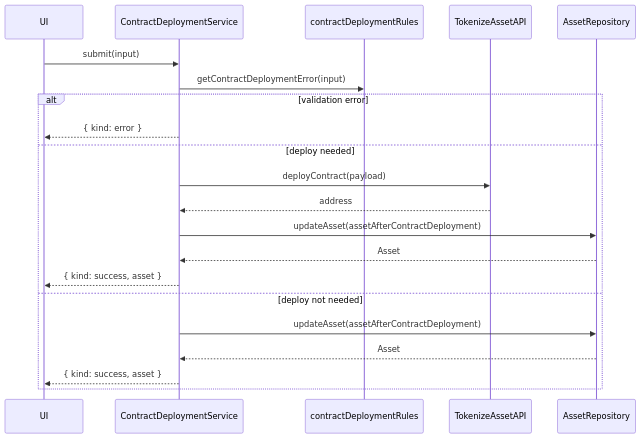
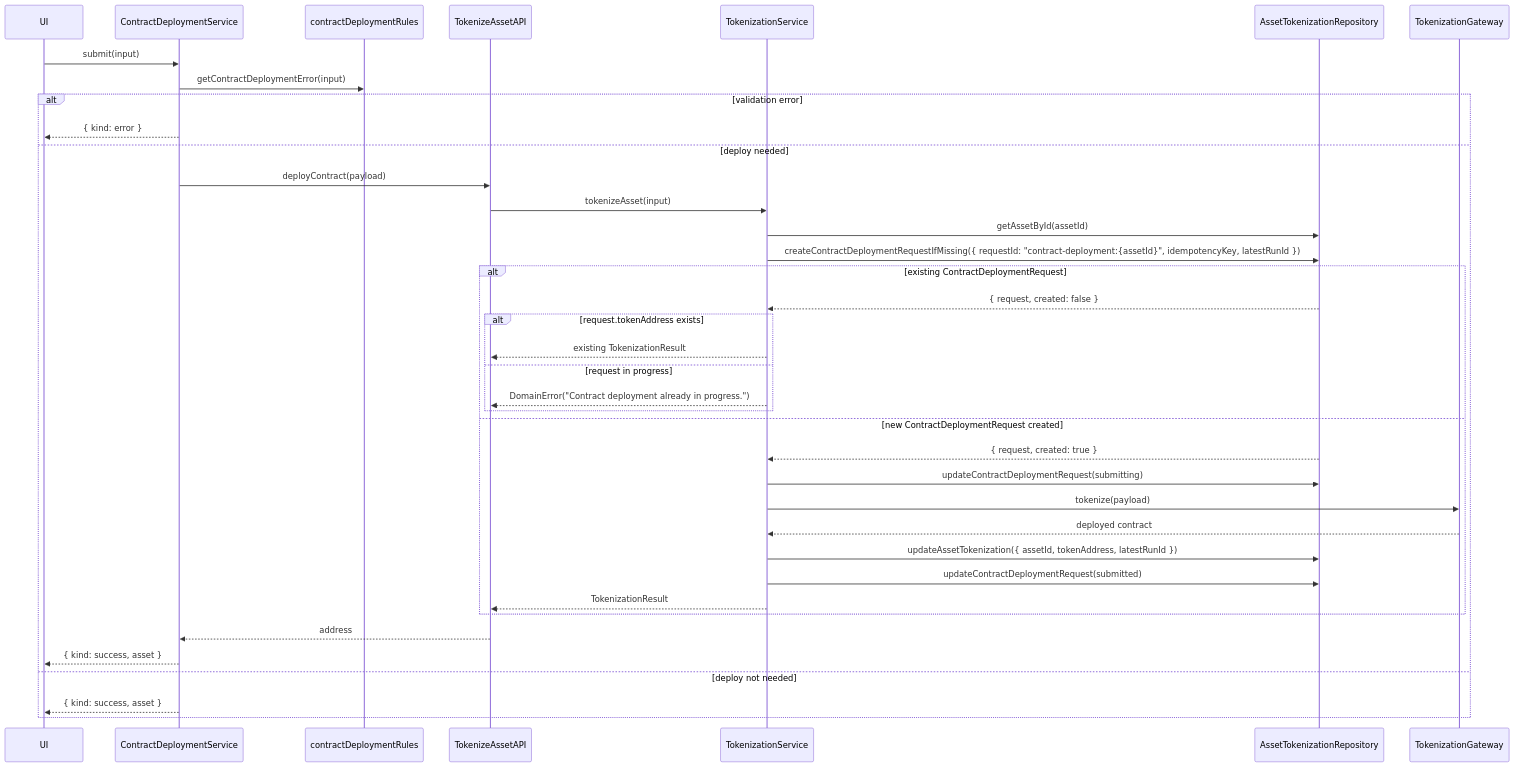
Before and after one commit to j4nos/cz: diagram 11 of 35 in specs/13 - use cases sequence.md, drawn with Mermaid. The commit also changed other lines of this file and 16 other files, not shown here.

Commit message:
refactor: make minting and contract deployment idempotent with request records

````diff
--- a/specs/13 - use cases sequence.md
+++ b/specs/13 - use cases sequence.md
@@ -183,24 +183,41 @@
 ```mermaid
 sequenceDiagram
   participant UI
   participant ContractDeploymentService
   participant contractDeploymentRules
   participant TokenizeAssetAPI
-  participant AssetRepository
+  participant TokenizationService
+  participant AssetTokenizationRepository
+  participant TokenizationGateway
 
   UI->>ContractDeploymentService: submit(input)
   ContractDeploymentService->>contractDeploymentRules: getContractDeploymentError(input)
   alt validation error
     ContractDeploymentService-->>UI: { kind: error }
   else deploy needed
     ContractDeploymentService->>TokenizeAssetAPI: deployContract(payload)
+    TokenizeAssetAPI->>TokenizationService: tokenizeAsset(input)
+    TokenizationService->>AssetTokenizationRepository: getAssetById(assetId)
+    TokenizationService->>AssetTokenizationRepository: createContractDeploymentRequestIfMissing({ requestId: "contract-deployment:{assetId}", idempotencyKey, latestRunId })
+    alt existing ContractDeploymentRequest
+      AssetTokenizationRepository-->>TokenizationService: { request, created: false }
+      alt request.tokenAddress exists
+        TokenizationService-->>TokenizeAssetAPI: existing TokenizationResult
+      else request in progress
+        TokenizationService-->>TokenizeAssetAPI: DomainError("Contract deployment already in progress.")
+      end
+    else new ContractDeploymentRequest created
+      AssetTokenizationRepository-->>TokenizationService: { request, created: true }
+      TokenizationService->>AssetTokenizationRepository: updateContractDeploymentRequest(submitting)
+      TokenizationService->>TokenizationGateway: tokenize(payload)
+      TokenizationGateway-->>TokenizationService: deployed contract
+      TokenizationService->>AssetTokenizationRepository: updateAssetTokenization({ assetId, tokenAddress, latestRunId })
+      TokenizationService->>AssetTokenizationRepository: updateContractDeploymentRequest(submitted)
+      TokenizationService-->>TokenizeAssetAPI: TokenizationResult
+    end
     TokenizeAssetAPI-->>ContractDeploymentService: address
-    ContractDeploymentService->>AssetRepository: updateAsset(assetAfterContractDeployment)
-    AssetRepository-->>ContractDeploymentService: Asset
     ContractDeploymentService-->>UI: { kind: success, asset }
   else deploy not needed
-    ContractDeploymentService->>AssetRepository: updateAsset(assetAfterContractDeployment)
-    AssetRepository-->>ContractDeploymentService: Asset
     ContractDeploymentService-->>UI: { kind: success, asset }
   end
 ```
````
